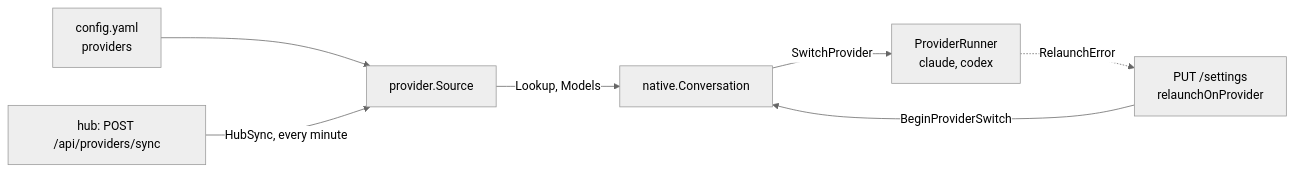
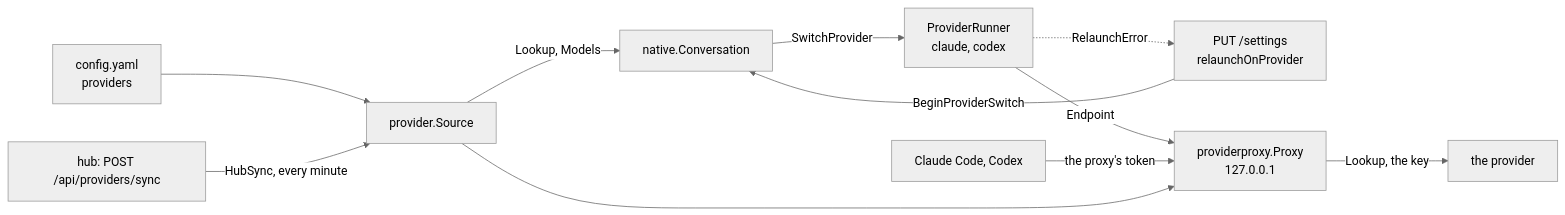
The third of 3 diagrams in docs/architecture.md (k1dav-c/agentapi), drawn with Mermaid (neutral theme) before and after one commit. The commit also changed other lines of this file and 14 other files, not shown here.

First line of the commit message:
docs: describe the provider proxy and provider health

````diff
--- a/docs/architecture.md
+++ b/docs/architecture.md
@@ -508,9 +510,13 @@
 ```mermaid
 flowchart LR
   file["config.yaml<br/>providers"] --> source["provider.Source"]
   hub["hub: POST /api/providers/sync"] -- "HubSync, every minute" --> source
   source -- "Lookup, Models" --> conv["native.Conversation"]
   conv -- "SwitchProvider" --> adapter["ProviderRunner<br/>claude, codex"]
   adapter -. "RelaunchError" .-> http["PUT /settings<br/>relaunchOnProvider"]
   http -- "BeginProviderSwitch" --> conv
+  adapter -- "Endpoint" --> proxy["providerproxy.Proxy<br/>127.0.0.1"]
+  agent["Claude Code, Codex"] -- "the proxy's token" --> proxy
+  proxy -- "Lookup, the key" --> provider["the provider"]
+  source --> proxy
 ```
````
